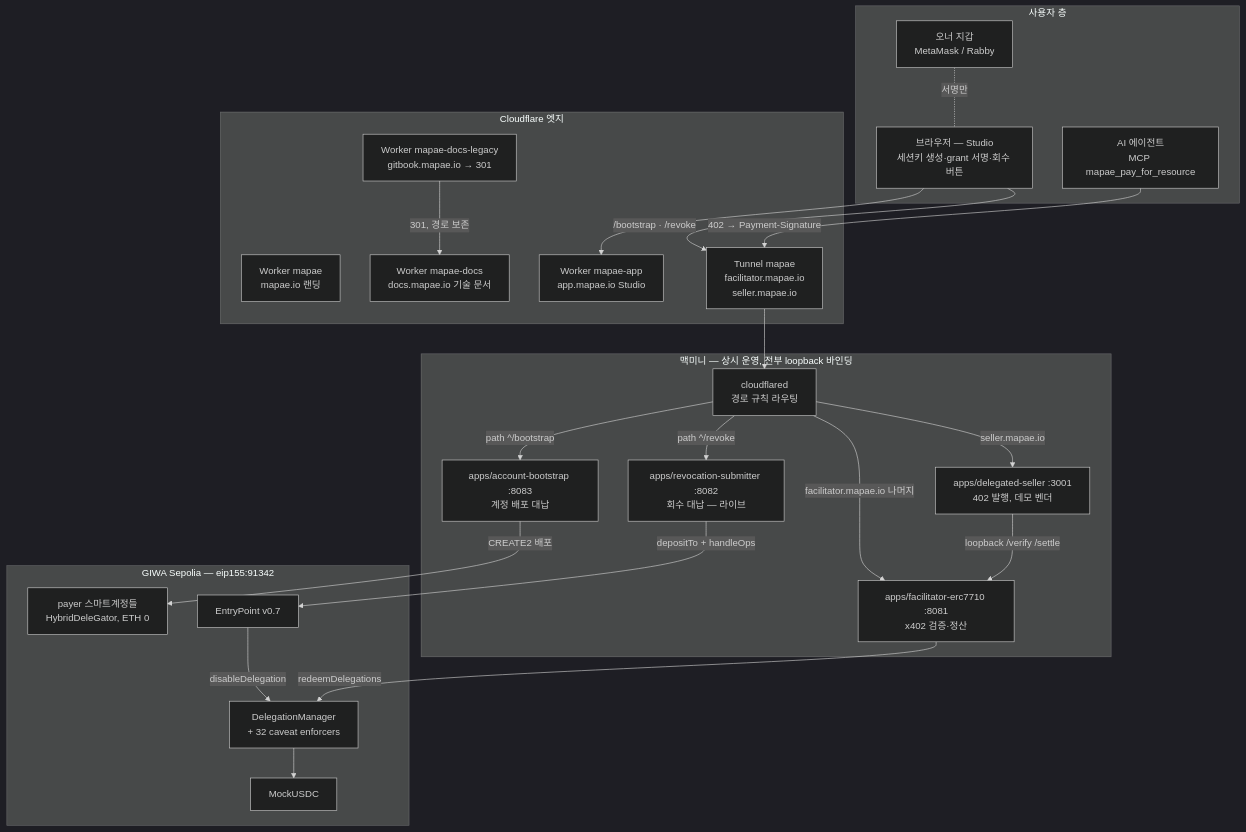
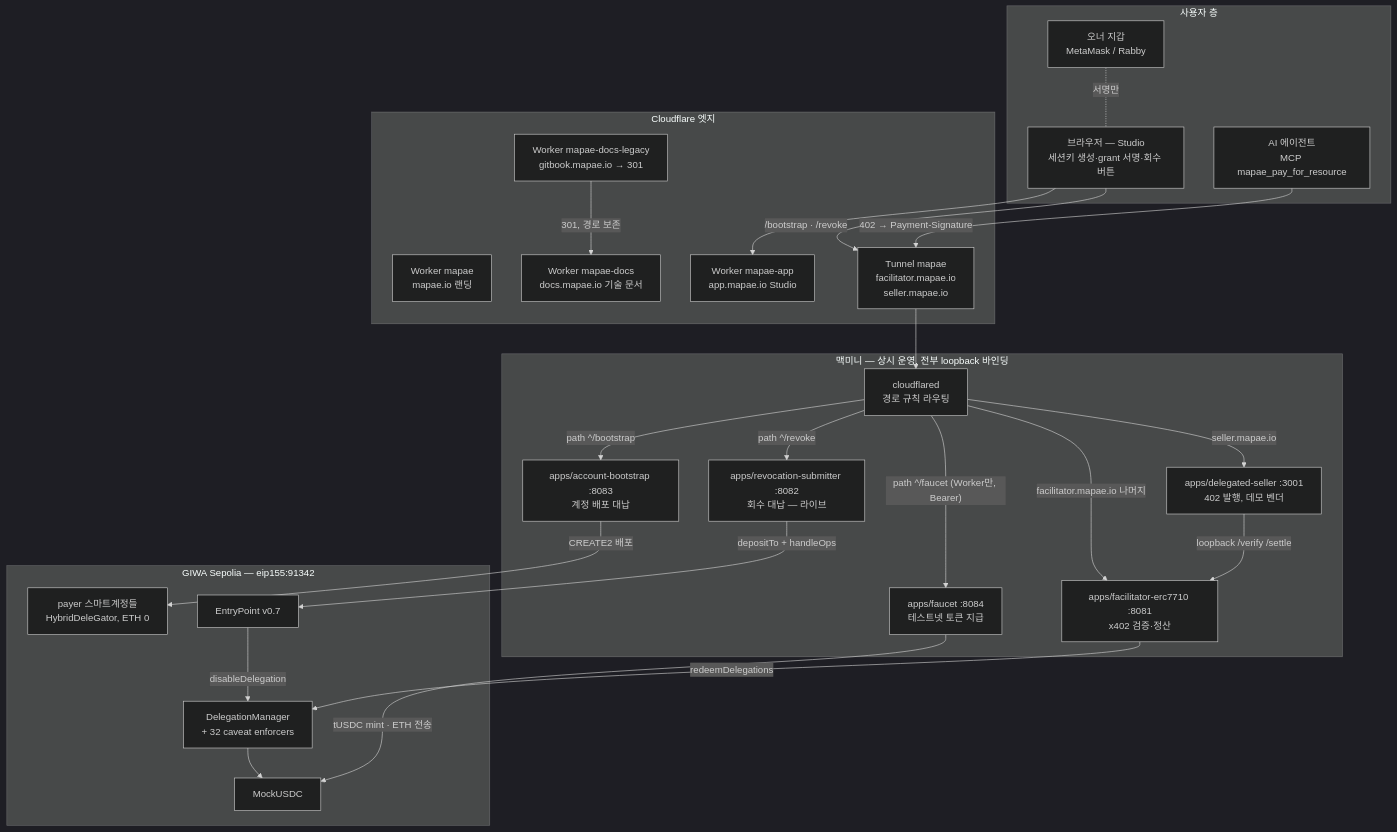
One commit to kooroot/Mapae changed the first of 5 diagrams in docs/infra-map.md. Above: the diagram before and after it, drawn with Mermaid (dark theme). The commit also changed other lines of this file and 3 other files, not shown here.

````diff
--- a/docs/infra-map.md
+++ b/docs/infra-map.md
@@ -29,48 +29,51 @@
 ```mermaid
 flowchart TB
     subgraph USER["사용자 층"]
         BROWSER["브라우저 — Studio<br/>세션키 생성·grant 서명·회수 버튼"]
         WALLET["오너 지갑<br/>MetaMask / Rabby"]
         AGENT["AI 에이전트<br/>MCP mapae_pay_for_resource"]
     end
 
     subgraph EDGE["Cloudflare 엣지"]
         LANDING["Worker mapae<br/>mapae.io 랜딩"]
         APP["Worker mapae-app<br/>app.mapae.io Studio"]
         DOCS["Worker mapae-docs<br/>docs.mapae.io 기술 문서"]
         OLDDOCS["Worker mapae-docs-legacy<br/>gitbook.mapae.io → 301"]
         TUNNEL["Tunnel mapae<br/>facilitator.mapae.io<br/>seller.mapae.io"]
     end
 
     subgraph MINI["맥미니 — 상시 운영, 전부 loopback 바인딩"]
         CFD["cloudflared<br/>경로 규칙 라우팅"]
         FAC["apps/facilitator-erc7710 :8081<br/>x402 검증·정산"]
         SELLER["apps/delegated-seller :3001<br/>402 발행, 데모 벤더"]
         BOOT["apps/account-bootstrap :8083<br/>계정 배포 대납"]
+        FAUCET["apps/faucet :8084<br/>테스트넷 토큰 지급"]
         REVO["apps/revocation-submitter :8082<br/>회수 대납 — 라이브"]
     end
 
     subgraph CHAIN["GIWA Sepolia — eip155:91342"]
         USDC["MockUSDC"]
         DM["DelegationManager<br/>+ 32 caveat enforcers"]
         EP["EntryPoint v0.7"]
         PAYER["payer 스마트계정들<br/>HybridDeleGator, ETH 0"]
     end
 
     BROWSER --> APP
     OLDDOCS -->|"301, 경로 보존"| DOCS
     WALLET -.서명만.- BROWSER
     AGENT -->|"402 → Payment-Signature"| TUNNEL
     BROWSER -->|"/bootstrap · /revoke"| TUNNEL
     TUNNEL --> CFD
     CFD -->|"path ^/bootstrap"| BOOT
     CFD -->|"path ^/revoke"| REVO
+    CFD -->|"path ^/faucet (Worker만, Bearer)"| FAUCET
     CFD -->|"facilitator.mapae.io 나머지"| FAC
     CFD -->|"seller.mapae.io"| SELLER
     SELLER -->|"loopback /verify /settle"| FAC
     FAC -->|"redeemDelegations"| DM
     DM --> USDC
     BOOT -->|"CREATE2 배포"| PAYER
+    FAUCET -->|"tUSDC mint · ETH 전송"| USDC
     REVO -->|"depositTo + handleOps"| EP
     EP -->|"disableDelegation"| DM
 ```
````
